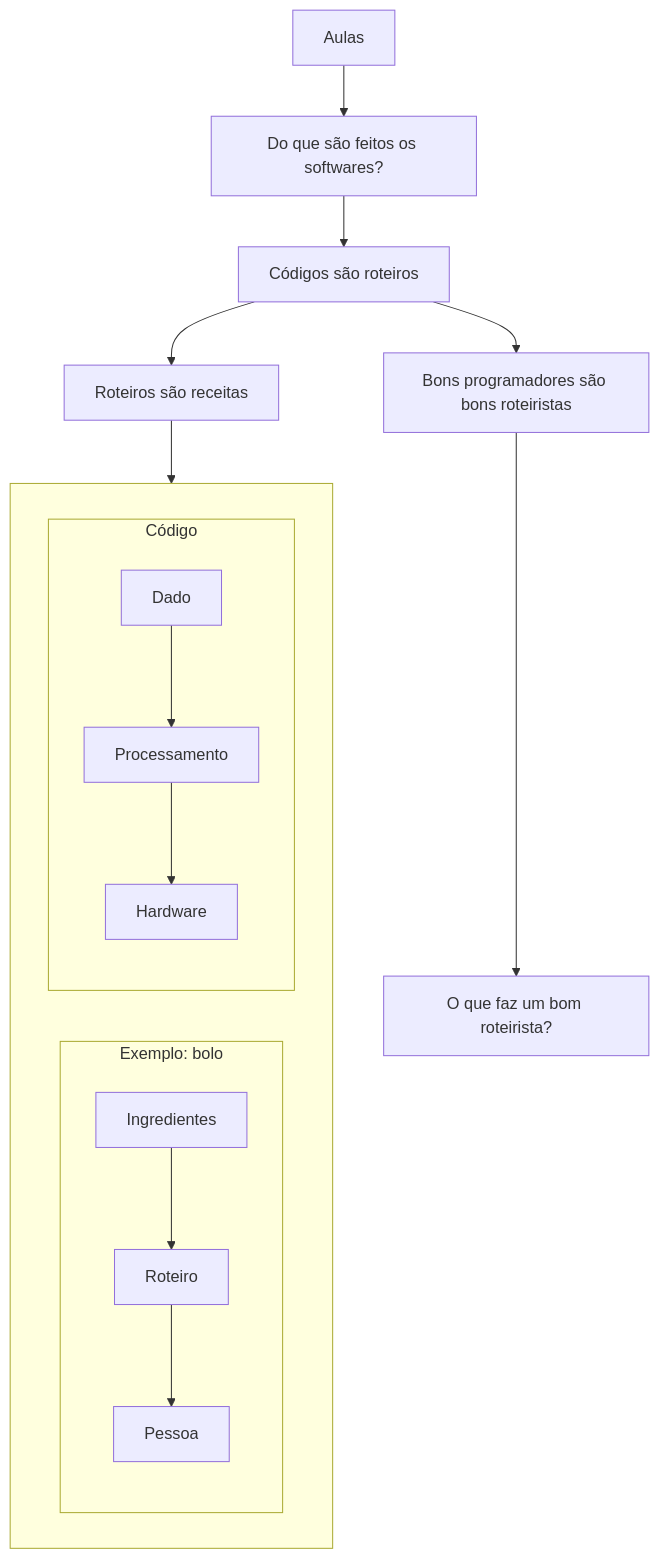
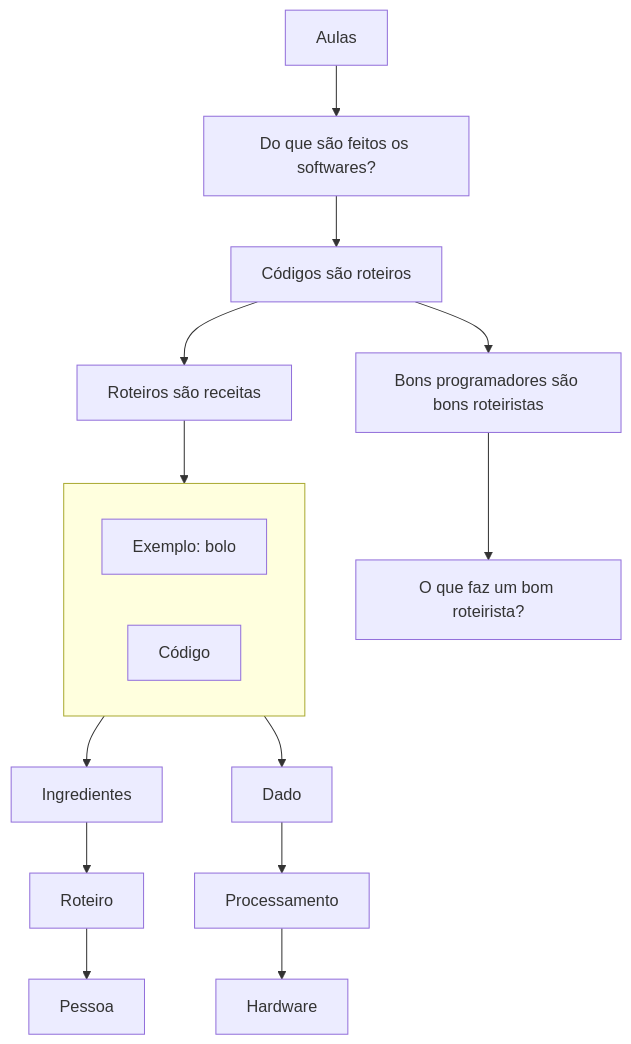
Before and after one commit to laerciogermano/workstation: the diagram in aulas/README.md, drawn with Mermaid.

Commit message:
Deixa Código → Dado → Processamento → Hardware explícito no Mermaid, paralelo ao bolo.

````diff
--- a/aulas/README.md
+++ b/aulas/README.md
@@ -3,27 +3,24 @@
 ```mermaid
 flowchart TD
   A[Aulas]
   B[Do que são feitos os softwares?]
   C[Códigos são roteiros]
   D[Roteiros são receitas]
   E[Bons programadores são bons roteiristas]
   F[O que faz um bom roteirista?]
   A --> B
   B --> C
   C --> D
   C --> E
   E --> F
   D --> lado
 
   subgraph lado[" "]
     direction LR
-    subgraph bolo["Exemplo: bolo"]
-      direction TB
-      D1[Ingredientes] --> D2[Roteiro] --> D3[Pessoa]
-    end
-    subgraph codigo["Código"]
-      direction TB
-      CG1[Dado] --> CG2[Processamento] --> CG3[Hardware]
-    end
+    DX[Exemplo: bolo]
+    CG[Código]
   end
+
+  DX --> D1[Ingredientes] --> D2[Roteiro] --> D3[Pessoa]
+  CG --> CG1[Dado] --> CG2[Processamento] --> CG3[Hardware]
 ```
````
